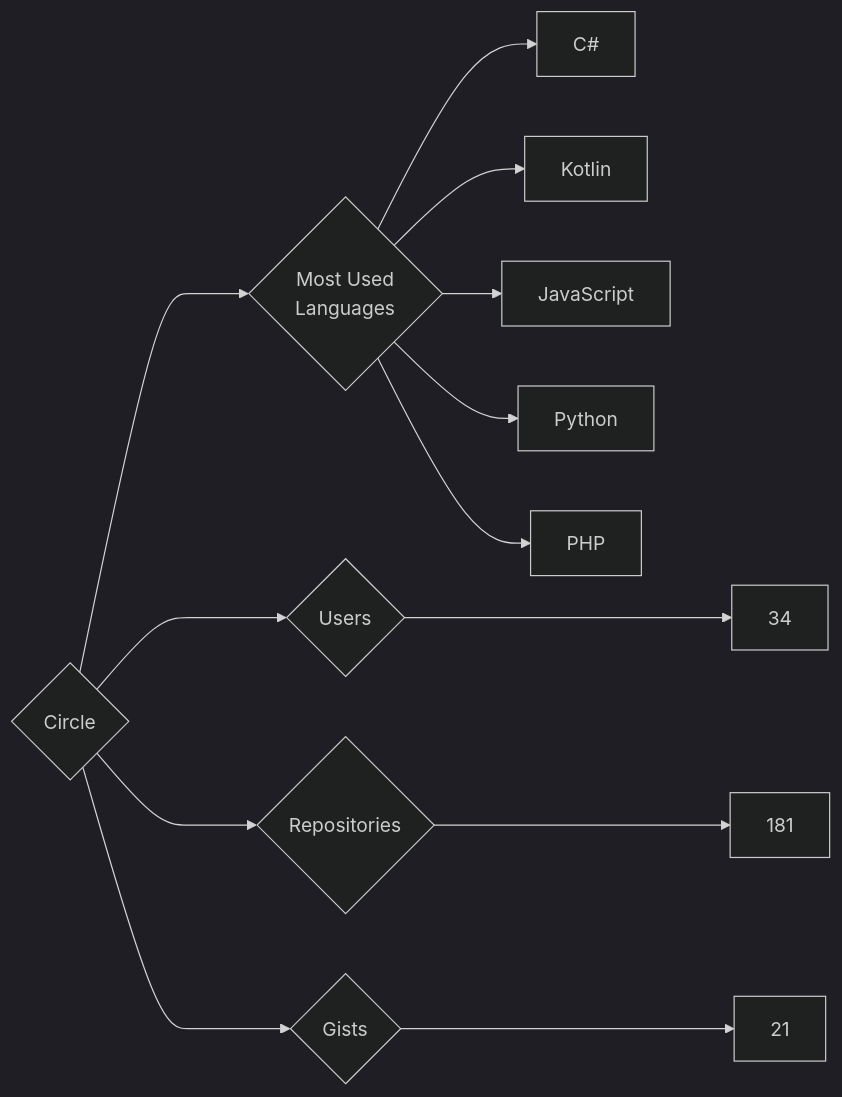
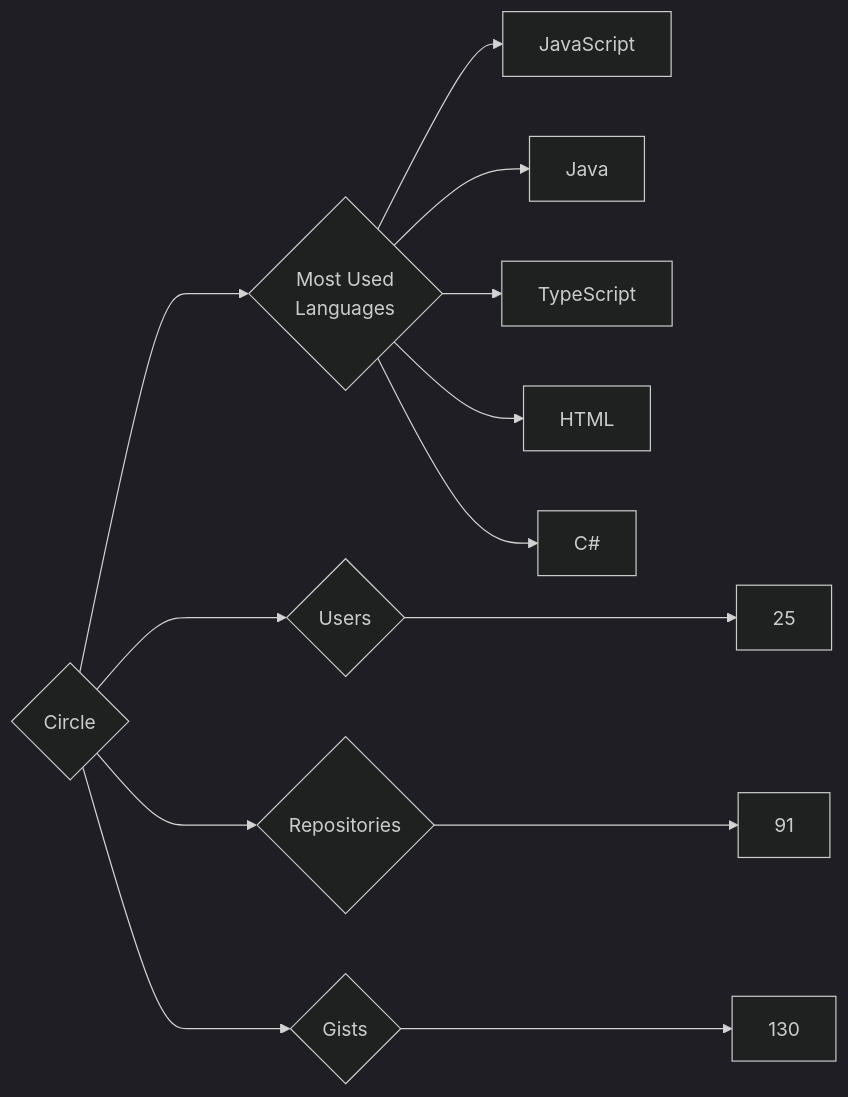
One commit to trickest/insiders changed the diagram in targets/Circle/README.md. Above: the diagram before and after it, drawn with Mermaid (dark theme). The commit also changed 914 other files, not shown here.

````diff
--- a/targets/Circle/README.md
+++ b/targets/Circle/README.md
@@ -3,13 +3,13 @@
 ```mermaid
 graph LR
 COMPANY_NAME{Circle}
-COMPANY_NAME ---> U{Users} ---> UN[34]
-COMPANY_NAME ---> R{Repositories} ---> RN[181]
-COMPANY_NAME ---> G{Gists} ---> GN[21]
+COMPANY_NAME ---> U{Users} ---> UN[25]
+COMPANY_NAME ---> R{Repositories} ---> RN[91]
+COMPANY_NAME ---> G{Gists} ---> GN[130]
 COMPANY_NAME ---> ML{Most Used<br>Languages}
+ML --> JavaScript[JavaScript]
+ML --> Java[Java]
+ML --> TypeScript[TypeScript]
+ML --> HTML[HTML]
 ML --> C#[C#]
-ML --> Kotlin[Kotlin]
-ML --> JavaScript[JavaScript]
-ML --> Python[Python]
-ML --> PHP[PHP]
 ```
````
